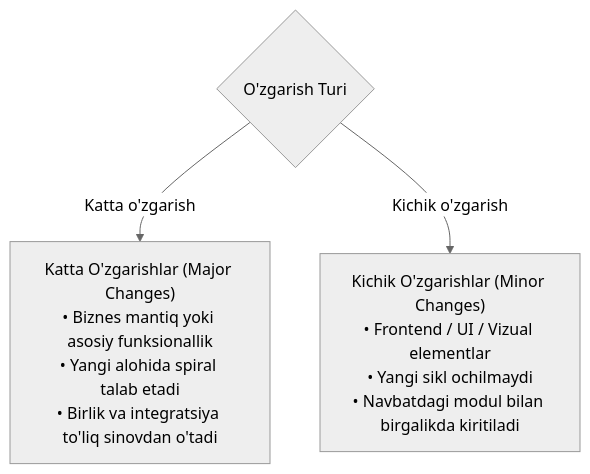
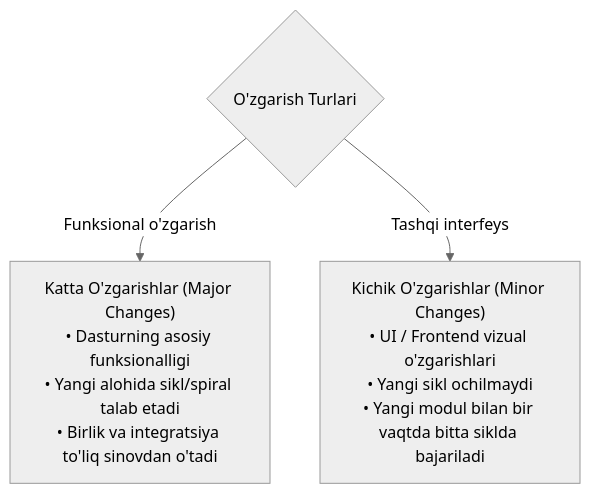
The third of 3 diagrams in app/docs/sdlc-models/spiral-model/page.mdx (Ergashov15/qa-uzbekistan), drawn with Mermaid (neutral theme) before and after one commit. The commit also changed other lines of this file and 2 other files, not shown here.

Commit message:
feat: update Spiral Model in Software Testing documentation in Uzbek

````diff
--- a/app/docs/sdlc-models/spiral-model/page.mdx
+++ b/app/docs/sdlc-models/spiral-model/page.mdx
@@ -102,6 +111,6 @@
 ```mermaid
 graph TD
-    Change{"O'zgarish Turi"}
-    Change -->|"Katta o'zgarish"| Major["Katta O'zgarishlar (Major Changes)<br/>• Biznes mantiq yoki asosiy funksionallik<br/>• Yangi alohida spiral talab etadi<br/>• Birlik va integratsiya to'liq sinovdan o'tadi"]
-    Change -->|"Kichik o'zgarish"| Minor["Kichik O'zgarishlar (Minor Changes)<br/>• Frontend / UI / Vizual elementlar<br/>• Yangi sikl ochilmaydi<br/>• Navbatdagi modul bilan birgalikda kiritiladi"]
+    Change{"O'zgarish Turlari"}
+    Change -->|"Funksional o'zgarish"| Major["Katta O'zgarishlar (Major Changes)<br/>• Dasturning asosiy funksionalligi<br/>• Yangi alohida sikl/spiral talab etadi<br/>• Birlik va integratsiya to'liq sinovdan o'tadi"]
+    Change -->|"Tashqi interfeys"| Minor["Kichik O'zgarishlar (Minor Changes)<br/>• UI / Frontend vizual o'zgarishlari<br/>• Yangi sikl ochilmaydi<br/>• Yangi modul bilan bir vaqtda bitta siklda bajariladi"]
 ```
````
